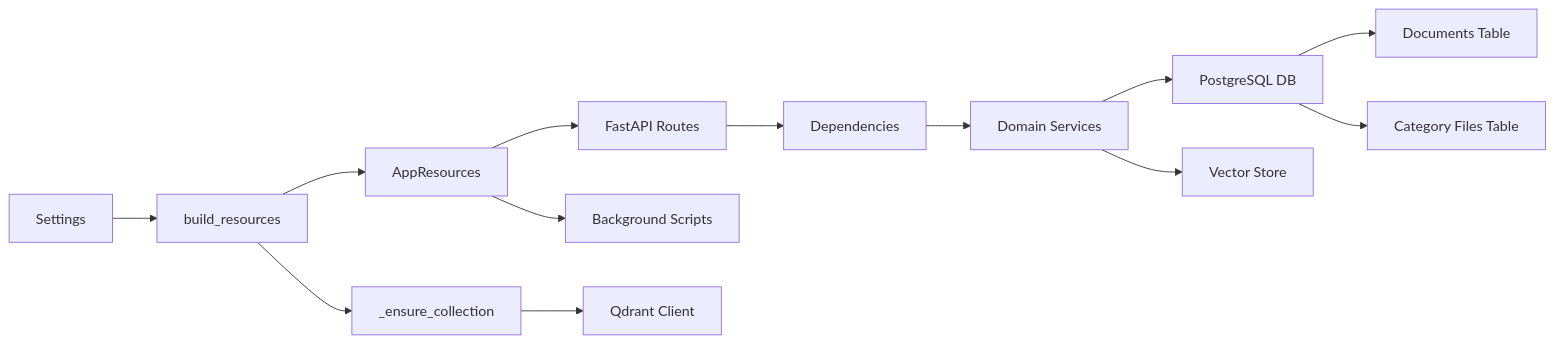
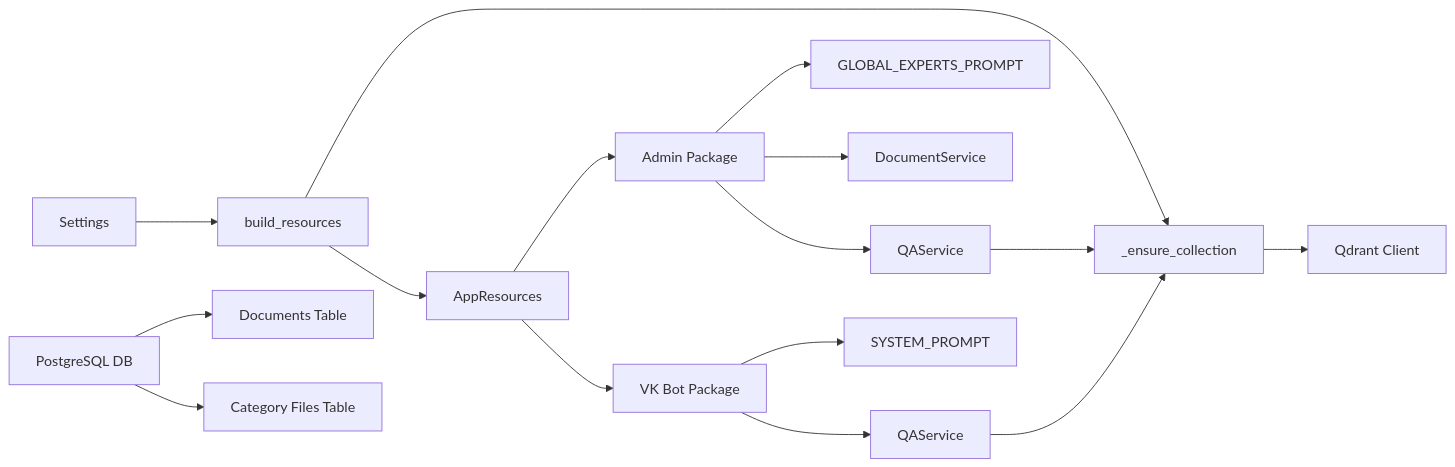
One commit to ognelis/cafetera_hr_bot changed the eighth of 8 diagrams in .qoder/repowiki/en/content/API Reference/Resource Management System.md. Above: the diagram before and after it, drawn with Mermaid. The commit also changed other lines of this file and 51 other files, not shown here.

````diff
--- a/.qoder/repowiki/en/content/API Reference/Resource Management System.md
+++ b/.qoder/repowiki/en/content/API Reference/Resource Management System.md
@@ -481,15 +458,18 @@
 ```mermaid
 graph LR
 Config[Settings] --> Factory[build_resources]
 Factory --> CollMgr[_ensure_collection]
 Factory --> AppRes[AppResources]
-AppRes --> API[FastAPI Routes]
-AppRes --> Scripts[Background Scripts]
-API --> Deps[Dependencies]
-Deps --> Services[Domain Services]
-Services --> PG[PostgreSQL DB]
-Services --> Vector[Vector Store]
+AppRes --> Admin[Admin Package]
+AppRes --> VKBot[VK Bot Package]
+Admin --> AdminPrompt[GLOBAL_EXPERTS_PROMPT]
+Admin --> AdminSvc[DocumentService]
+Admin --> AdminQA[QAService]
+VKBot --> VKPrompt[SYSTEM_PROMPT]
+VKBot --> VKQA[QAService]
+AdminQA --> CollMgr
+VKQA --> CollMgr
 CollMgr --> Qdrant[Qdrant Client]
-PG --> Documents[Documents Table]
+PG[PostgreSQL DB] --> Documents[Documents Table]
 PG --> Categories[Category Files Table]
 ```
````
